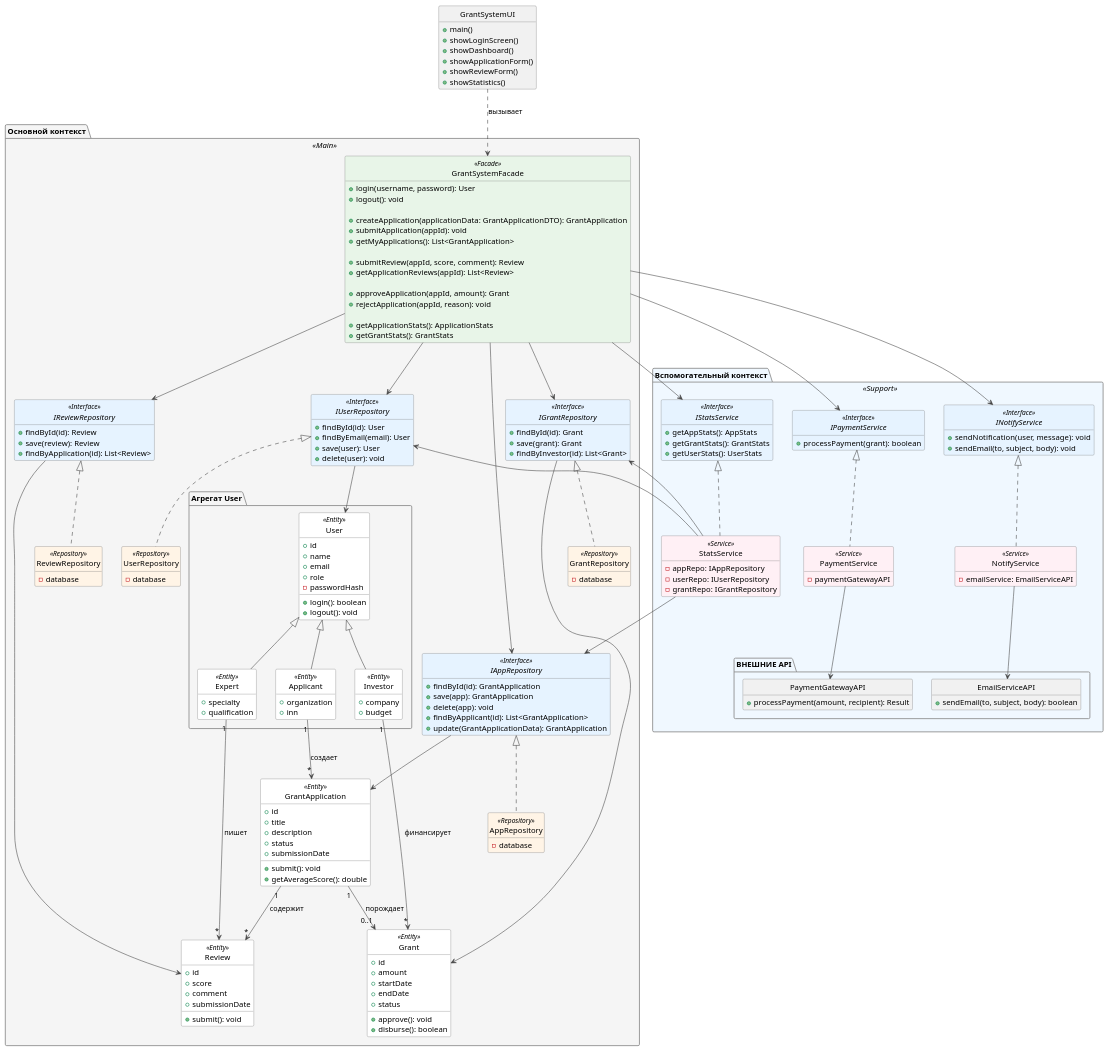
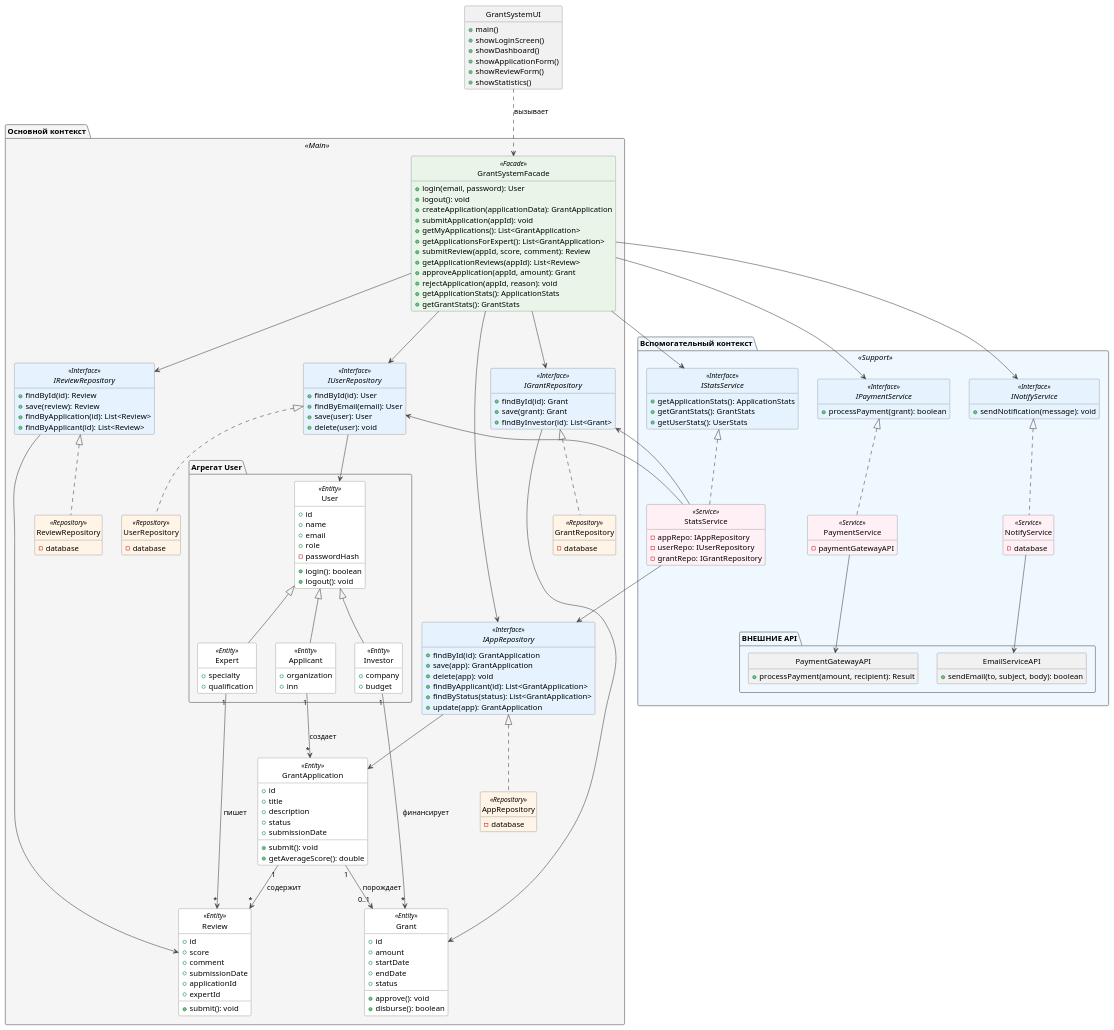
The diagram in Диаграмма предментой области (диаграмма классов).md (penamarth/bsbo-02-23_team6_var9_techexp), drawn with PlantUML before and after one commit.

Commit message:
чутчут changes in diag class

```diff
--- a/Диаграмма предментой области (диаграмма классов).md
+++ b/Диаграмма предментой области (диаграмма классов).md
@@ -10,7 +10,6 @@
     BackgroundColor<<Facade>> #E8F5E8
     BackgroundColor<<Repository>> #FFF4E6
     BackgroundColor<<Service>> #FFF0F5
-    BackgroundColor<<DTO>> #F0FFF0
     BorderColor #666666
     ArrowColor #444444
 }
@@ -21,7 +20,6 @@
     BorderColor #888888
 }
 
-' ========== UI ==========
 class GrantSystemUI {
   + main()
   + showLoginScreen()
@@ -31,33 +29,23 @@
   + showStatistics()
 }
 
-' ========== ОСНОВНОЙ КОНТЕКСТ ==========
 package "Основной контекст" <<Main>> {
 
-  ' ----- ФАСАД -----
   class GrantSystemFacade <<Facade>> {
-    + login(username, password): User
+    + login(email, password): User
     + logout(): void
-    
-    ' Заявки
-    + createApplication(applicationData: GrantApplicationDTO): GrantApplication
+    + createApplication(applicationData): GrantApplication
     + submitApplication(appId): void
     + getMyApplications(): List<GrantApplication>
-    
-    ' Экспертиза
+    + getApplicationsForExpert(): List<GrantApplication>
     + submitReview(appId, score, comment): Review
     + getApplicationReviews(appId): List<Review>
-    
-    ' Гранты
     + approveApplication(appId, amount): Grant
     + rejectApplication(appId, reason): void
-    
-    ' Статистика
     + getApplicationStats(): ApplicationStats
     + getGrantStats(): GrantStats
   }
 
-  ' ----- РЕПОЗИТОРИИ -----
   interface IUserRepository <<Interface>> {
     + findById(id): User
     + findByEmail(email): User
@@ -70,13 +58,15 @@
     + save(app): GrantApplication
     + delete(app): void
     + findByApplicant(id): List<GrantApplication>
-    + update(GrantApplicationData): GrantApplication
+    + findByStatus(status): List<GrantApplication>
+    + update(app): GrantApplication
   }
   
   interface IReviewRepository <<Interface>> {
     + findById(id): Review
     + save(review): Review
     + findByApplication(id): List<Review>
+    + findByApplicant(id): List<Review>
   }
   
   interface IGrantRepository <<Interface>> {
@@ -101,7 +91,6 @@
     - database
   }
 
-  ' ----- АГРЕГАТЫ -----
   package "Агрегат User" {
     class User <<Entity>> {
       + id
@@ -148,6 +137,8 @@
       + score
       + comment
       + submissionDate
+      + applicationId
+      + expertId
       + submit(): void
    }
 
@@ -161,26 +152,21 @@
       + disburse(): boolean
     }
 
-  ' ----- СВЯЗИ ФАСАДА -----
   GrantSystemFacade --> IUserRepository
   GrantSystemFacade --> IAppRepository
   GrantSystemFacade --> IReviewRepository
   GrantSystemFacade --> IGrantRepository
 
-  ' ----- СВЯЗИ РЕПОЗИТОРИЕВ -----
   IUserRepository --> User
   IAppRepository --> GrantApplication
   IReviewRepository --> Review
   IGrantRepository --> Grant
 }
 
-' ========== ВСПОМОГАТЕЛЬНЫЙ КОНТЕКСТ ==========
 package "Вспомогательный контекст" <<Support>> {
-' ----- СЕРВИСЫ -----
   
   interface INotifyService <<Interface>> {
-    + sendNotification(user, message): void
-    + sendEmail(to, subject, body): void
+    + sendNotification(message): void
   }
   
   interface IPaymentService <<Interface>> {
@@ -188,7 +174,7 @@
   }
 
   interface IStatsService <<Interface>> {
-    + getAppStats(): AppStats
+    + getApplicationStats(): ApplicationStats
     + getGrantStats(): GrantStats
     + getUserStats(): UserStats
   }
@@ -200,14 +186,12 @@
   }
   
   class NotifyService <<Service>> implements INotifyService {
-    - emailService: EmailServiceAPI
+    - database
   }
   
   class PaymentService <<Service>> implements IPaymentService {
     - paymentGatewayAPI
   }
-
-  ' ----- ВНЕШНИЕ СЕРВИСЫ -----
 
   package "ВНЕШНИЕ API" {
     class EmailServiceAPI {
@@ -219,7 +203,6 @@
     }
   }
 
-  ' ----- СВЯЗИ СЕРВИСОВ -----
   NotifyService --> EmailServiceAPI
   PaymentService --> PaymentGatewayAPI
   StatsService --> IAppRepository
@@ -227,23 +210,18 @@
   StatsService --> IGrantRepository
 }
 
-' ========== ВНЕШНИЕ СВЯЗИ ==========
-' UI → Фасад
 GrantSystemUI ..> GrantSystemFacade : вызывает
 
-' Фасад → Сервисы
 GrantSystemFacade --> INotifyService
 GrantSystemFacade --> IPaymentService
 GrantSystemFacade --> IStatsService
 
-' Связи агрегатов
 Applicant "1" --> "*" GrantApplication : создает
 Expert "1" --> "*" Review : пишет
 Investor "1" --> "*" Grant : финансирует
 GrantApplication "1" --> "*" Review : содержит
 GrantApplication "1" --> "0..1" Grant : порождает
 
-' Упрощенные связи для компактности
 hide empty members
 hide circle
 @enduml
```
